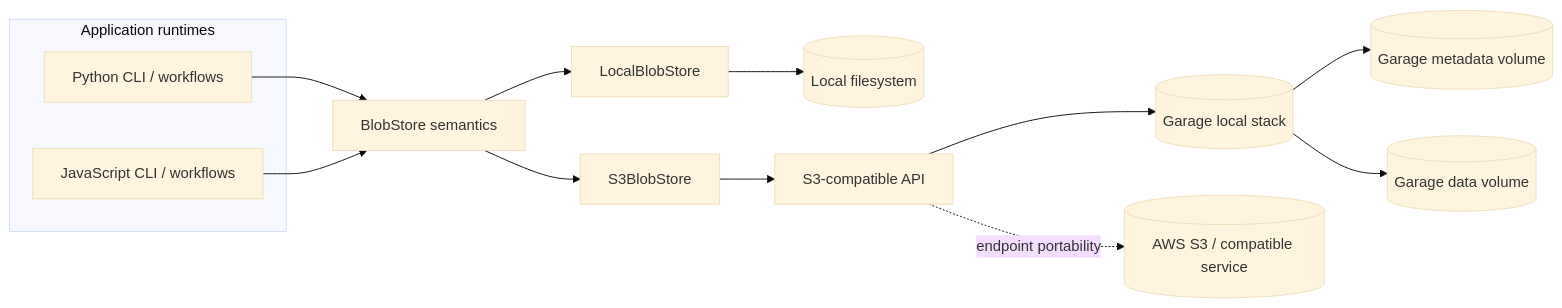
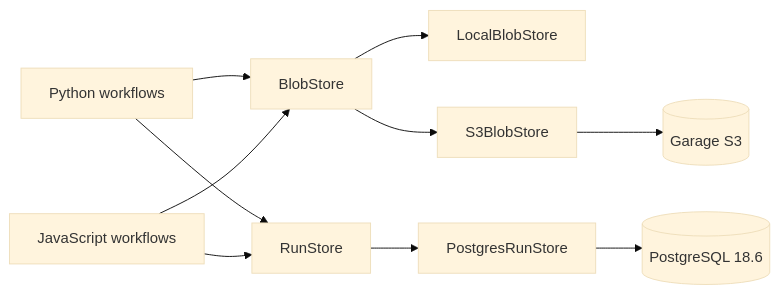
One commit to DiogoRibeiro7/data-platform-lab changed the diagram in docs/milestone-m3.md. Above: the diagram before and after it, drawn with Mermaid (base theme). The commit also changed other lines of this file and 14 other files, not shown here.

Commit message:
feat: add PostgreSQL run metadata store

````diff
--- a/docs/milestone-m3.md
+++ b/docs/milestone-m3.md
@@ -22,21 +13,12 @@
 ```mermaid
 flowchart LR
-    subgraph Runtime[Application runtimes]
-        PY[Python CLI / workflows]
-        JS[JavaScript CLI / workflows]
-    end
-
-    PY --> Contract[BlobStore semantics]
-    JS --> Contract
-
-    Contract --> Local[LocalBlobStore]
-    Contract --> S3[S3BlobStore]
-
-    Local --> FS[(Local filesystem)]
-    S3 --> API[S3-compatible API]
-    API --> Garage[(Garage local stack)]
-    API -. endpoint portability .-> Remote[(AWS S3 / compatible service)]
-
-    Garage --> Meta[(Garage metadata volume)]
-    Garage --> Data[(Garage data volume)]
+    PY[Python workflows] --> B[BlobStore]
+    JS[JavaScript workflows] --> B
+    PY --> R[RunStore]
+    JS --> R
+    B --> Local[LocalBlobStore]
+    B --> S3[S3BlobStore]
+    S3 --> Garage[(Garage S3)]
+    R --> PG[PostgresRunStore]
+    PG --> DB[(PostgreSQL 18.6)]
 ```
````
